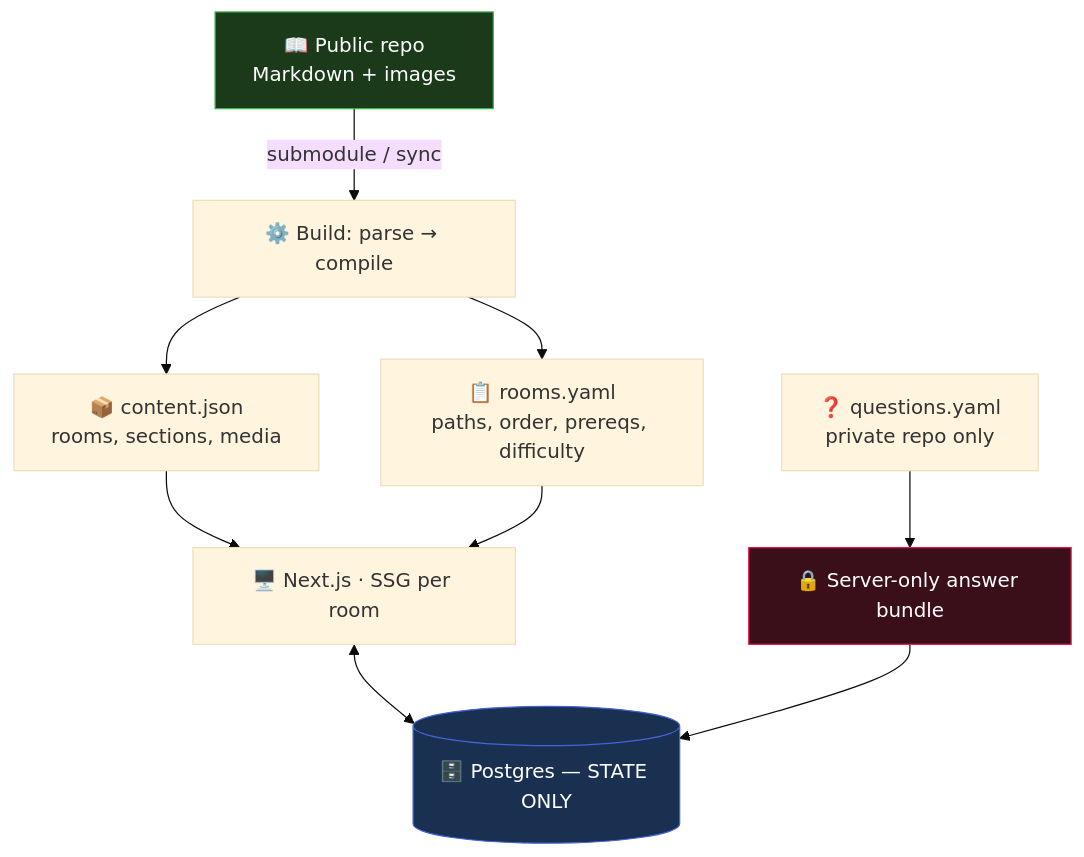
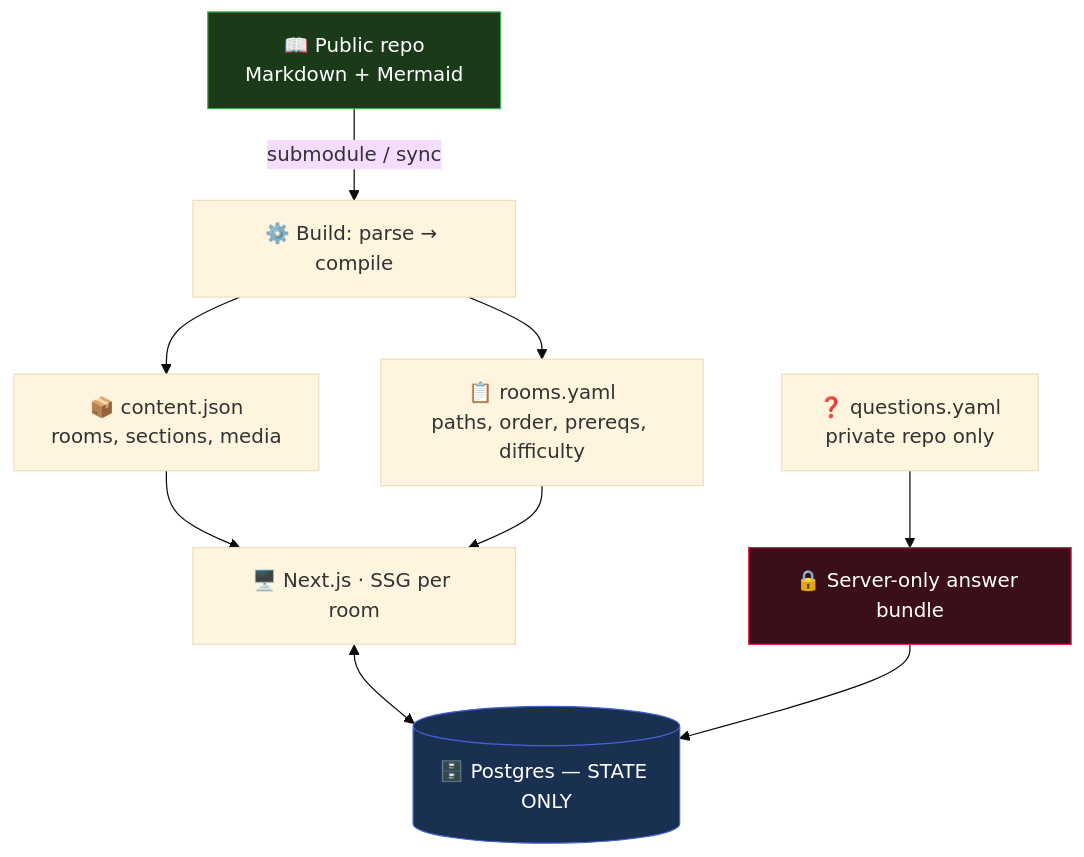
One commit to nnr-root/cybersec-crook2root-notes changed the fourth of 4 diagrams in docs/Crook2Root Master Blueprint.md. Above: the diagram before and after it, drawn with Mermaid (base theme). The commit also changed other lines of this file and 9 other files, not shown here.

````diff
--- a/docs/Crook2Root Master Blueprint.md
+++ b/docs/Crook2Root Master Blueprint.md
@@ -389,14 +394,14 @@
 ```mermaid
 flowchart TD
-    V["📖 Public repo<br/>Markdown + images"] -->|"submodule / sync"| CI["⚙️ Build: parse → compile"]
+    V["📖 Public repo<br/>Markdown + Mermaid"] -->|"submodule / sync"| CI["⚙️ Build: parse → compile"]
     CI --> PUB["📦 content.json<br/>rooms, sections, media"]
     CI --> MAN["📋 rooms.yaml<br/>paths, order, prereqs, difficulty"]
     PUB --> APP["🖥️ Next.js · SSG per room"]
     MAN --> APP
     QB["❓ questions.yaml<br/>private repo only"] --> SRV["🔒 Server-only answer bundle"]
     APP <--> DB[("🗄️ Postgres — STATE ONLY")]
     SRV --> DB
     style V fill:#1a3a1a,stroke:#3CB44B,color:#fff
     style DB fill:#1a3050,stroke:#4363D8,color:#fff
     style SRV fill:#3a0f1a,stroke:#E6194B,color:#fff
 ```
````
